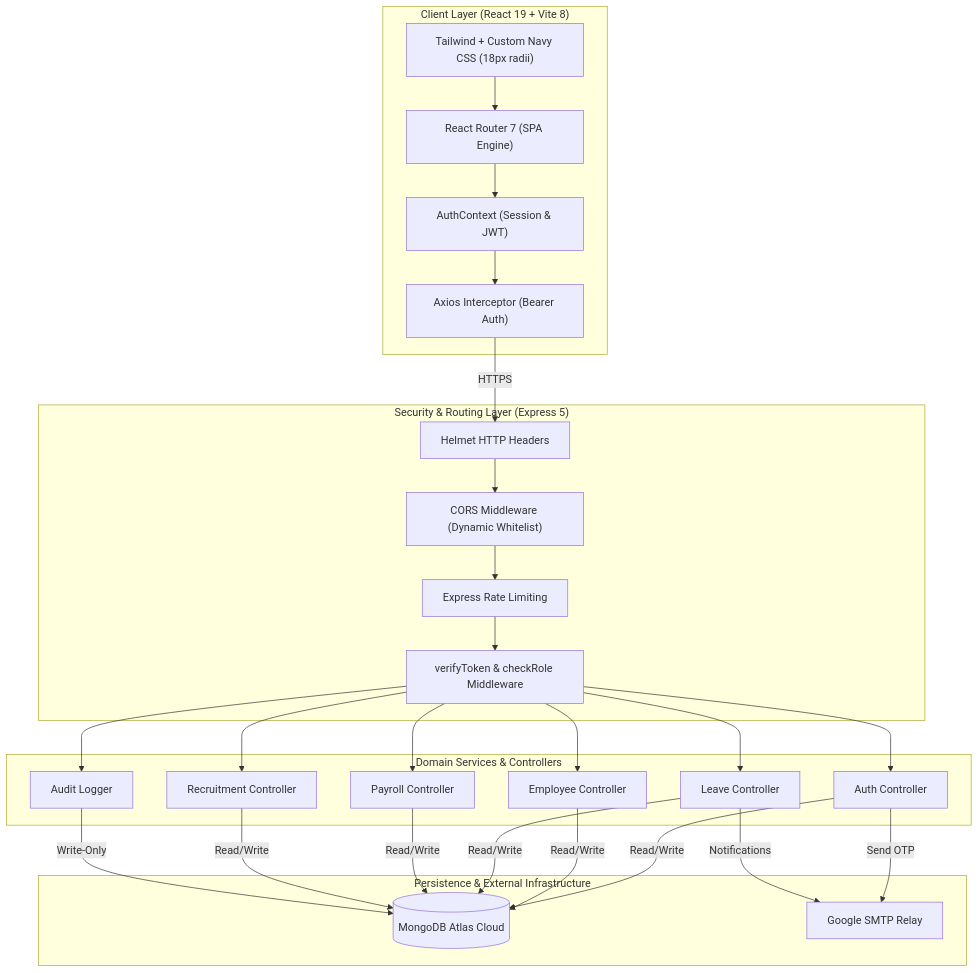
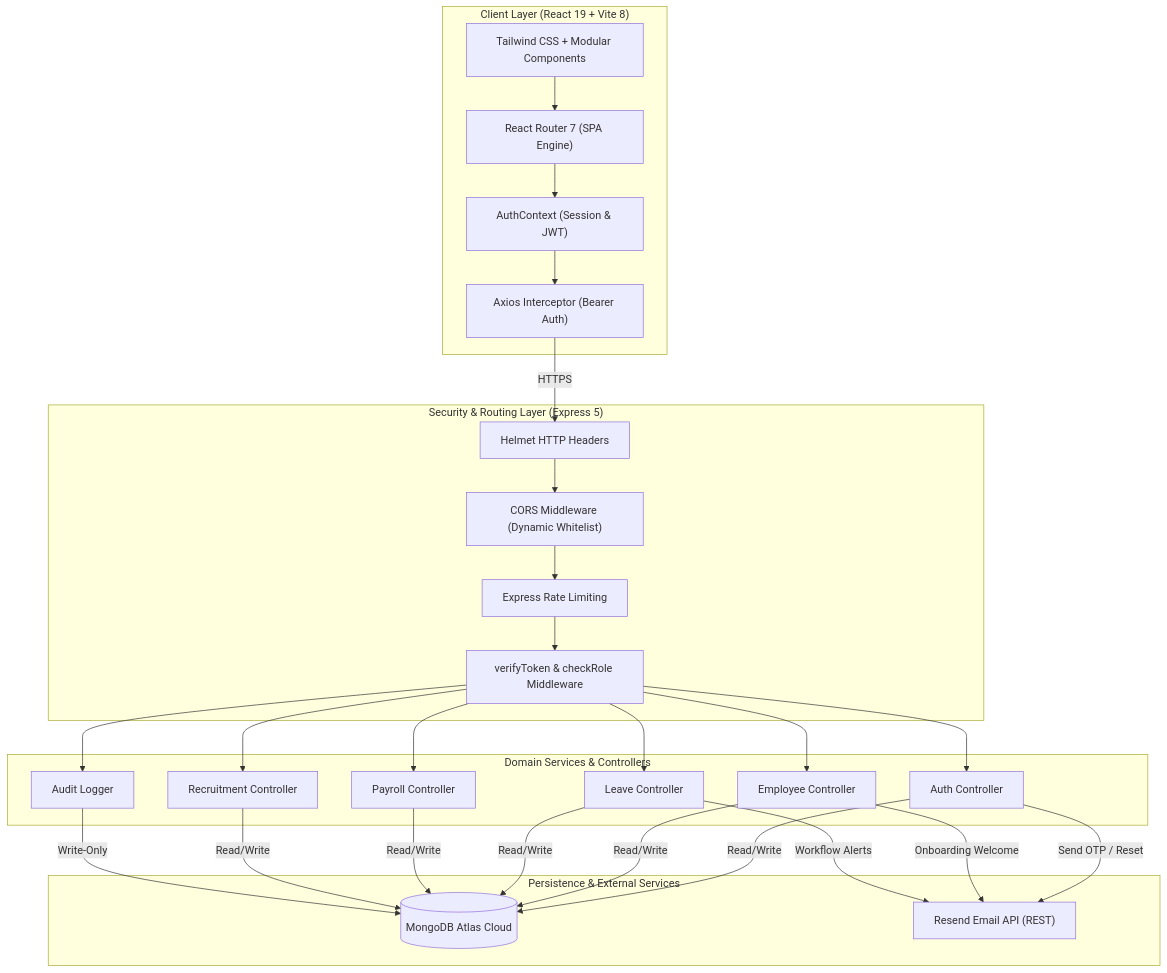
The diagram in README.md (adityaarora-dev/WORK_OPS), drawn with Mermaid before and after one commit. The commit also changed other lines of this file, not shown here.

````diff
--- a/README.md
+++ b/README.md
@@ -94,51 +63,52 @@
 ```mermaid
 graph TD
     subgraph ClientLayer ["Client Layer (React 19 + Vite 8)"]
-        UI["Tailwind + Custom Navy CSS (18px radii)"]
+        UI["Tailwind CSS + Modular Components"]
         Router["React Router 7 (SPA Engine)"]
         AuthCtx["AuthContext (Session & JWT)"]
         AxiosInst["Axios Interceptor (Bearer Auth)"]
         UI --> Router
         Router --> AuthCtx
         AuthCtx --> AxiosInst
     end
 
     subgraph SecurityLayer ["Security & Routing Layer (Express 5)"]
         HelmetMW["Helmet HTTP Headers"]
         CorsMW["CORS Middleware (Dynamic Whitelist)"]
         RateMW["Express Rate Limiting"]
         AuthMW["verifyToken & checkRole Middleware"]
         AxiosInst -- HTTPS --> HelmetMW
         HelmetMW --> CorsMW
         CorsMW --> RateMW
         RateMW --> AuthMW
     end
 
     subgraph DomainLayer ["Domain Services & Controllers"]
         AuthCtrl["Auth Controller"]
         EmpCtrl["Employee Controller"]
         LeaveCtrl["Leave Controller"]
         PayCtrl["Payroll Controller"]
         RecruitCtrl["Recruitment Controller"]
         AuditCtrl["Audit Logger"]
         AuthMW --> AuthCtrl
         AuthMW --> EmpCtrl
         AuthMW --> LeaveCtrl
         AuthMW --> PayCtrl
         AuthMW --> RecruitCtrl
         AuthMW --> AuditCtrl
     end
 
-    subgraph PersistenceLayer ["Persistence & External Infrastructure"]
+    subgraph PersistenceLayer ["Persistence & External Services"]
         AtlasDB[("MongoDB Atlas Cloud")]
-        SMTP["Google SMTP Relay"]
+        ResendAPI["Resend Email API (REST)"]
         AuthCtrl -- Read/Write --> AtlasDB
         EmpCtrl -- Read/Write --> AtlasDB
         LeaveCtrl -- Read/Write --> AtlasDB
         PayCtrl -- Read/Write --> AtlasDB
         RecruitCtrl -- Read/Write --> AtlasDB
         AuditCtrl -- Write-Only --> AtlasDB
-        AuthCtrl -- Send OTP --> SMTP
-        LeaveCtrl -- Notifications --> SMTP
+        AuthCtrl -- Send OTP / Reset --> ResendAPI
+        EmpCtrl -- Onboarding Welcome --> ResendAPI
+        LeaveCtrl -- Workflow Alerts --> ResendAPI
     end
 ```
````
